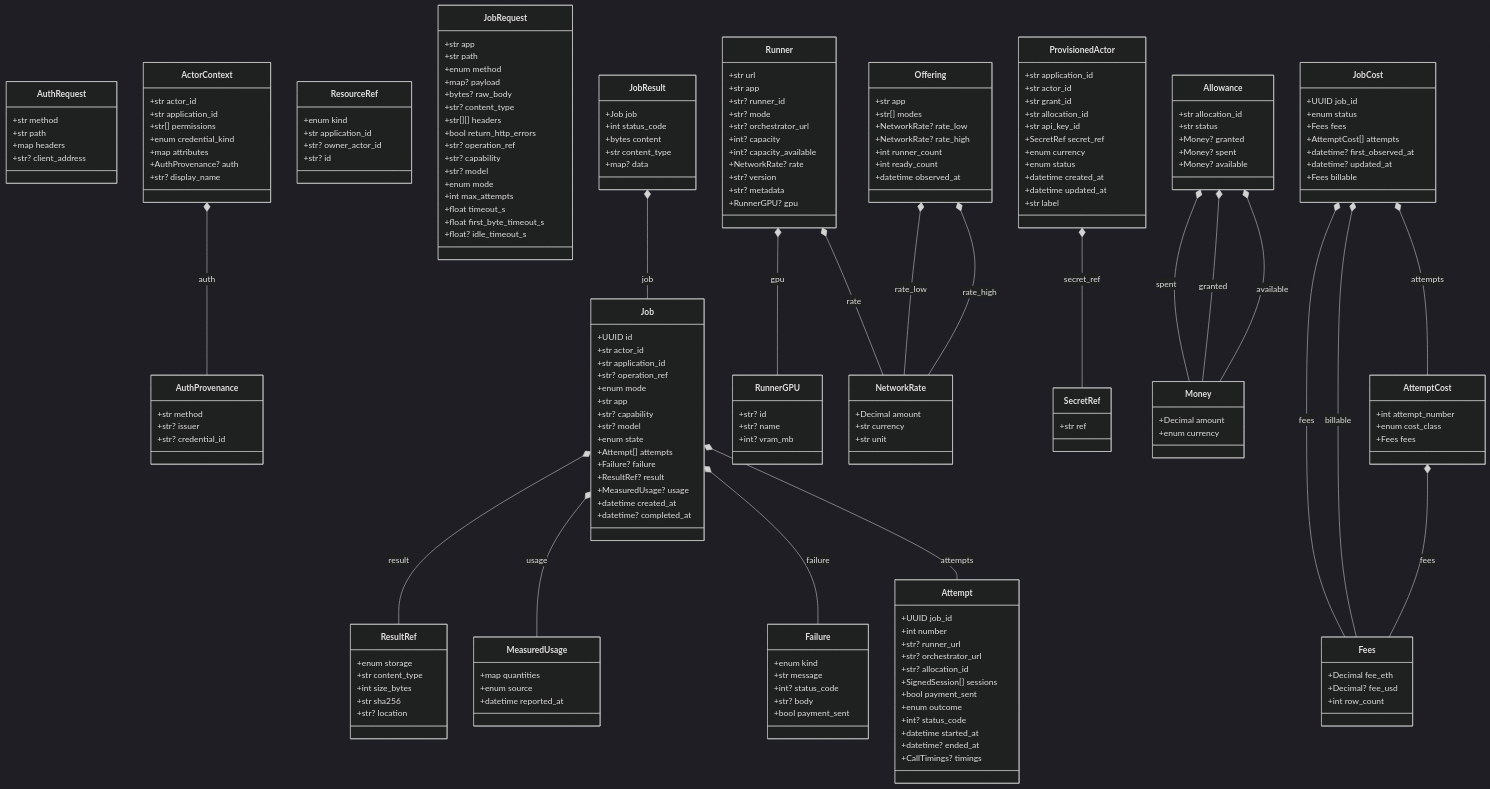
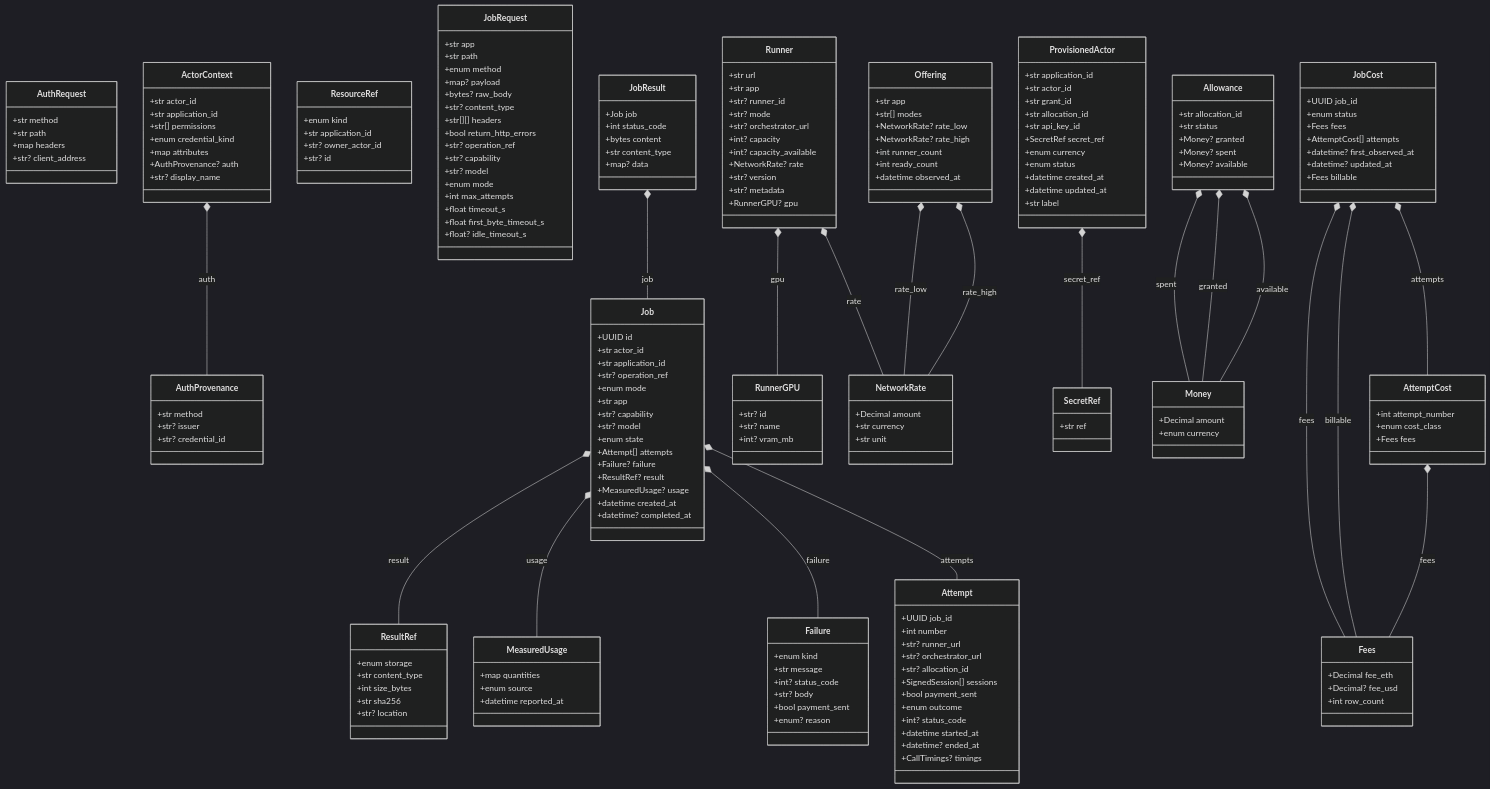
One commit to NE-Build-Track/livepeer-builder-core changed the diagram in docs/generated/contracts.md. Above: the diagram before and after it, drawn with Mermaid (dark theme). The commit also changed 32 other files, not shown here.

```diff
--- a/docs/generated/contracts.md
+++ b/docs/generated/contracts.md
@@ -87,6 +87,7 @@
         +int? status_code
         +str? body
         +bool payment_sent
+        +enum? reason
     }
     class ResultRef {
         +enum storage
```
